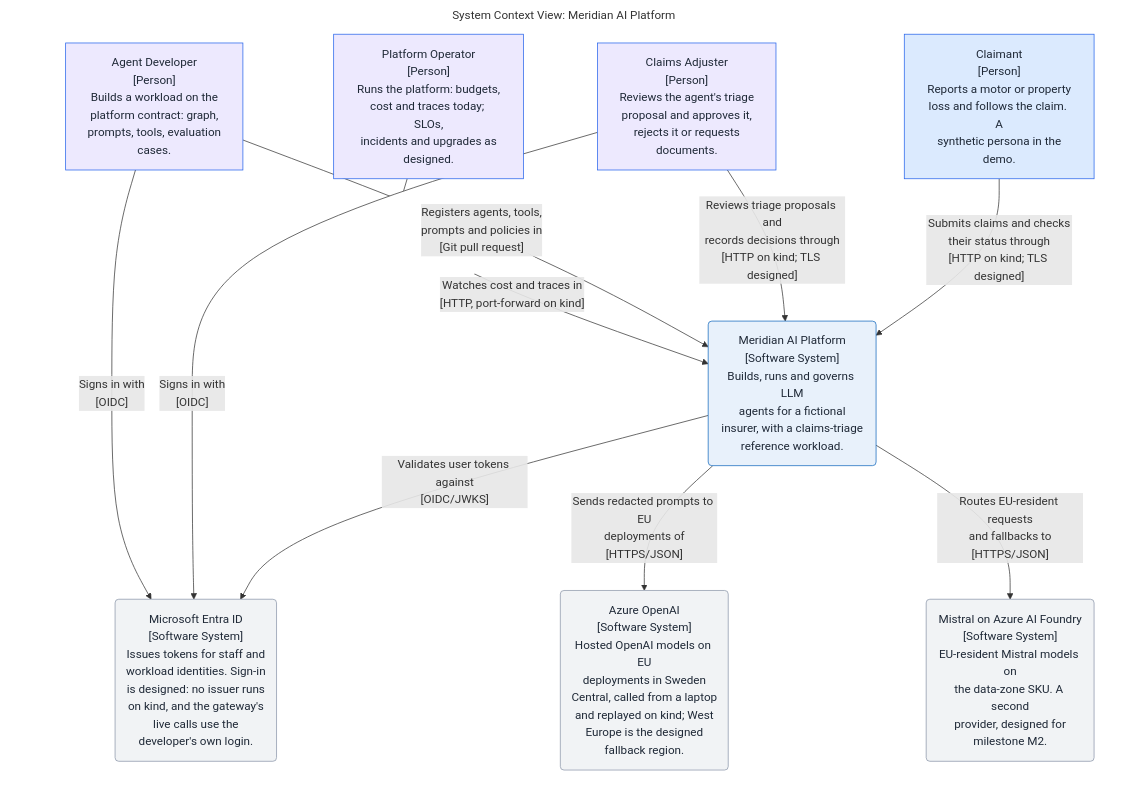
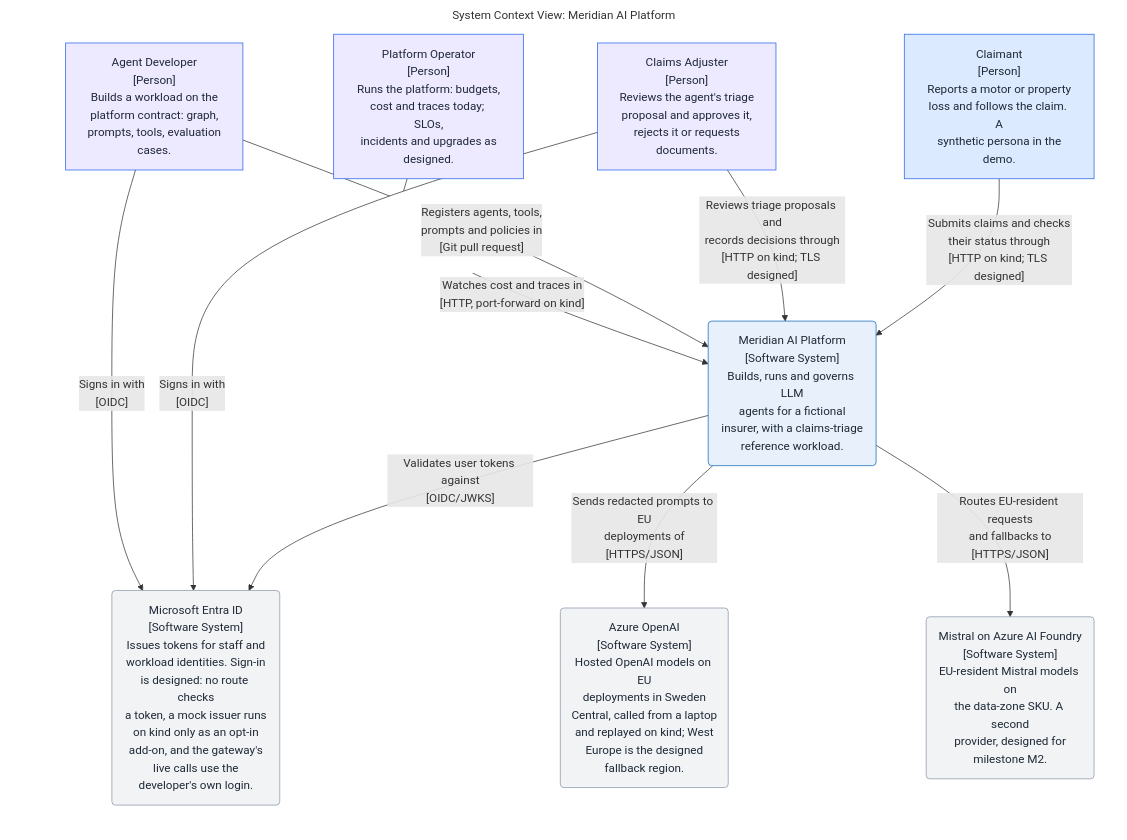
One commit to Dezoxy/meridian-ai-platform changed the diagram in README.md. Above: the diagram before and after it, drawn with Mermaid. The commit also changed other lines of this file and 72 other files, not shown here.

````diff
--- a/README.md
+++ b/README.md
@@ -59,36 +59,36 @@
 ```mermaid
 graph LR
   linkStyle default fill:#ffffff
 
   subgraph diagram ["System Context View: Meridian AI Platform"]
     style diagram fill:#ffffff,stroke:#ffffff
 
     1["Claimant<br/>[Person]<br/>Reports a motor or property<br/>loss and follows the claim. A<br/>synthetic persona in the<br/>demo."]
     style 1 fill:#dbeafe,stroke:#2563eb,color:#1f2937
     10("Meridian AI Platform<br/>[Software System]<br/>Builds, runs and governs LLM<br/>agents for a fictional<br/>insurer, with a claims-triage<br/>reference workload.")
     style 10 fill:#e8f1fb,stroke:#1168bd,color:#1f2937
     2["Claims Adjuster<br/>[Person]<br/>Reviews the agent's triage<br/>proposal and approves it,<br/>rejects it or requests<br/>documents."]
     style 2 fill:#ede9fe,stroke:#2563eb,color:#1f2937
     3["Agent Developer<br/>[Person]<br/>Builds a workload on the<br/>platform contract: graph,<br/>prompts, tools, evaluation<br/>cases."]
     style 3 fill:#ede9fe,stroke:#2563eb,color:#1f2937
     4["Platform Operator<br/>[Person]<br/>Runs the platform: budgets,<br/>cost and traces today; SLOs,<br/>incidents and upgrades as<br/>designed."]
     style 4 fill:#ede9fe,stroke:#2563eb,color:#1f2937
-    5("Microsoft Entra ID<br/>[Software System]<br/>Issues tokens for staff and<br/>workload identities. Sign-in<br/>is designed: no issuer runs<br/>on kind, and the gateway's<br/>live calls use the<br/>developer's own login.")
+    5("Microsoft Entra ID<br/>[Software System]<br/>Issues tokens for staff and<br/>workload identities. Sign-in<br/>is designed: no route checks<br/>a token, a mock issuer runs<br/>on kind only as an opt-in<br/>add-on, and the gateway's<br/>live calls use the<br/>developer's own login.")
     style 5 fill:#f1f3f5,stroke:#8a96a8,color:#1f2937
     6("Azure OpenAI<br/>[Software System]<br/>Hosted OpenAI models on EU<br/>deployments in Sweden<br/>Central, called from a laptop<br/>and replayed on kind; West<br/>Europe is the designed<br/>fallback region.")
     style 6 fill:#f1f3f5,stroke:#8a96a8,color:#1f2937
     7("Mistral on Azure AI Foundry<br/>[Software System]<br/>EU-resident Mistral models on<br/>the data-zone SKU. A second<br/>provider, designed for<br/>milestone M2.")
     style 7 fill:#f1f3f5,stroke:#8a96a8,color:#1f2937
 
     1-- "Submits claims and checks<br/>their status through<br/>[HTTP on kind; TLS designed]" -->10
     2-- "Reviews triage proposals and<br/>records decisions through<br/>[HTTP on kind; TLS designed]" -->10
     3-- "Registers agents, tools,<br/>prompts and policies in<br/>[Git pull request]" -->10
     4-- "Watches cost and traces in<br/>[HTTP, port-forward on kind]" -->10
     10-- "Validates user tokens against<br/>[OIDC/JWKS]" -->5
     10-- "Sends redacted prompts to EU<br/>deployments of<br/>[HTTPS/JSON]" -->6
     10-- "Routes EU-resident requests<br/>and fallbacks to<br/>[HTTPS/JSON]" -->7
     2-- "Signs in with<br/>[OIDC]" -->5
     3-- "Signs in with<br/>[OIDC]" -->5
 
   end
 ```
````
